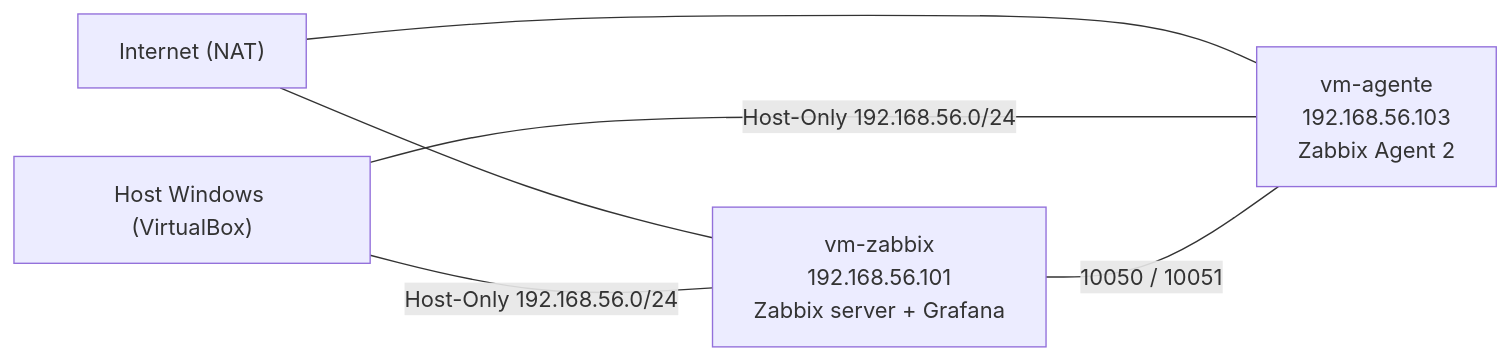
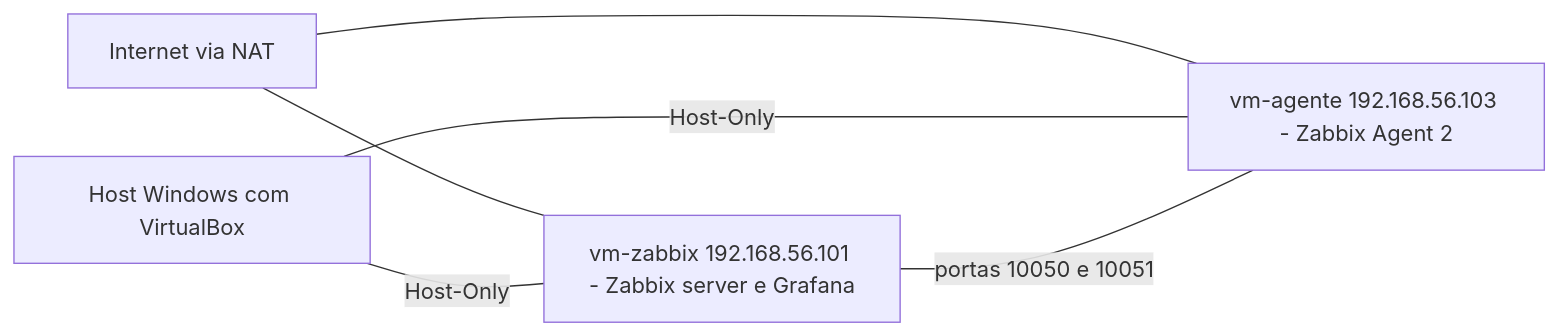
The diagram in README.md (Aron-Cipriano/homelab-soc-infra), drawn with Mermaid before and after one commit. The commit also changed other lines of this file, not shown here.

Commit message:
docs: corrige diagrama de topologia v2

````diff
--- a/README.md
+++ b/README.md
@@ -29,12 +29,12 @@
 ```mermaid
-graph LR
-    NET["Internet (NAT)"]
-    HOST["Host Windows (VirtualBox)"]
-    ZBX["vm-zabbix<br/>192.168.56.101<br/>Zabbix server + Grafana"]
-    AGT["vm-agente<br/>192.168.56.103<br/>Zabbix Agent 2"]
+flowchart LR
+    NET["Internet via NAT"]
+    HOST["Host Windows com VirtualBox"]
+    ZBX["vm-zabbix 192.168.56.101 - Zabbix server e Grafana"]
+    AGT["vm-agente 192.168.56.103 - Zabbix Agent 2"]
     NET --- ZBX
     NET --- AGT
-    HOST ---|"Host-Only 192.168.56.0/24"| ZBX
-    HOST ---|"Host-Only 192.168.56.0/24"| AGT
-    ZBX ---|"10050 / 10051"| AGT
+    HOST ---|"Host-Only"| ZBX
+    HOST ---|"Host-Only"| AGT
+    ZBX ---|"portas 10050 e 10051"| AGT
 ```
````
